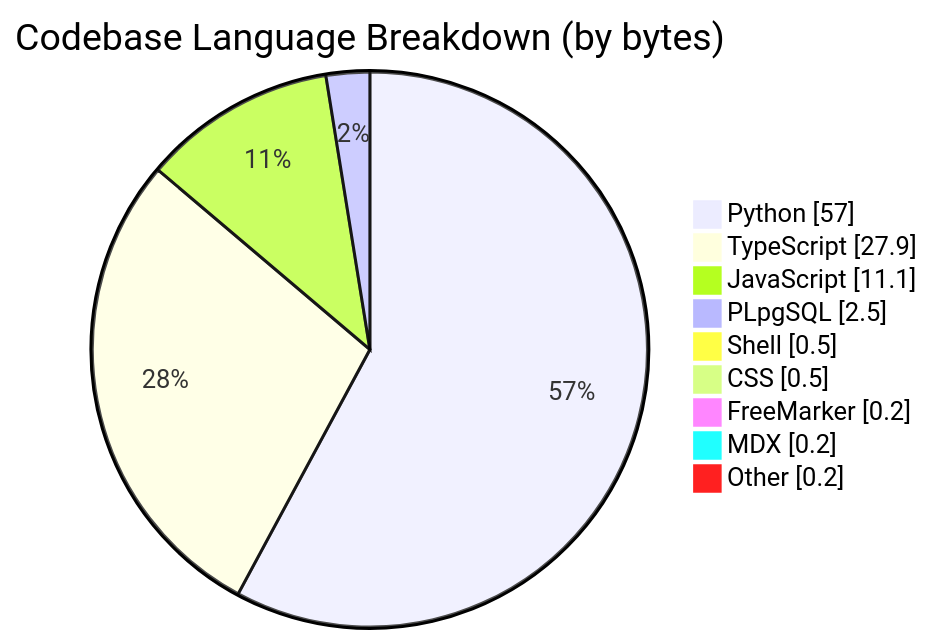
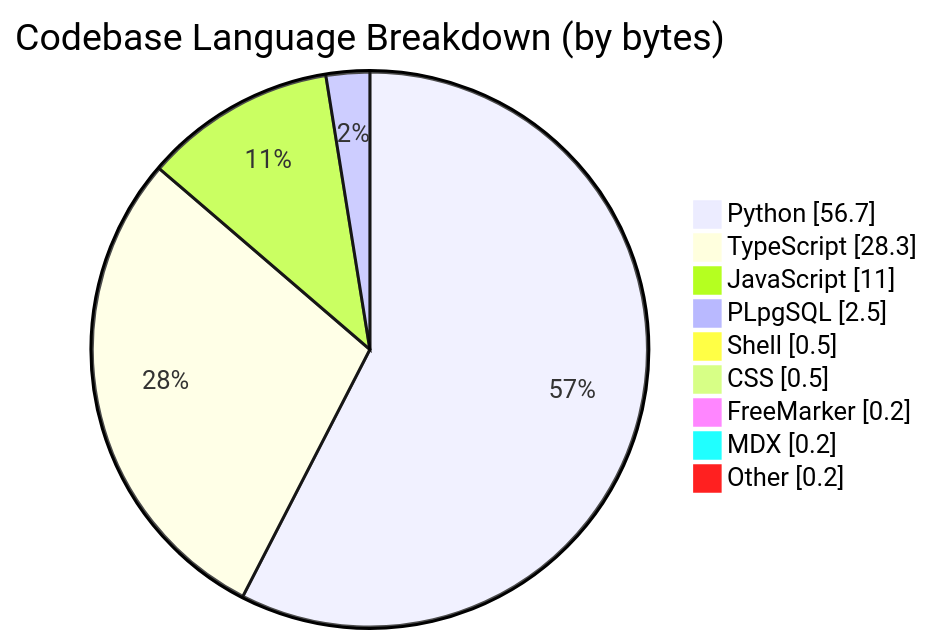
The third of 4 diagrams in profile/README.md (CSTH-Projects/.github), drawn with Mermaid before and after one commit. The commit also changed other lines of this file, not shown here.

````diff
--- a/profile/README.md
+++ b/profile/README.md
@@ -63,13 +63,13 @@
 ```mermaid
 pie showData
     title Codebase Language Breakdown (by bytes)
-    "Python" : 57.0
-    "TypeScript" : 27.9
-    "JavaScript" : 11.1
+    "Python" : 56.7
+    "TypeScript" : 28.3
+    "JavaScript" : 11.0
     "PLpgSQL" : 2.5
     "Shell" : 0.5
     "CSS" : 0.5
     "FreeMarker" : 0.2
     "MDX" : 0.2
     "Other" : 0.2
 ```
````
